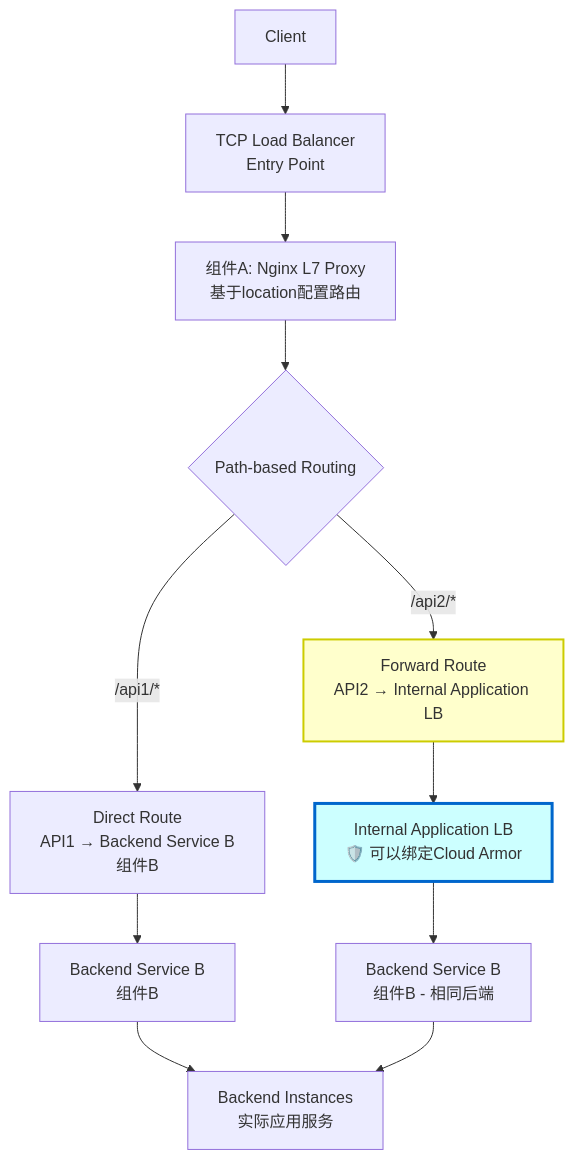
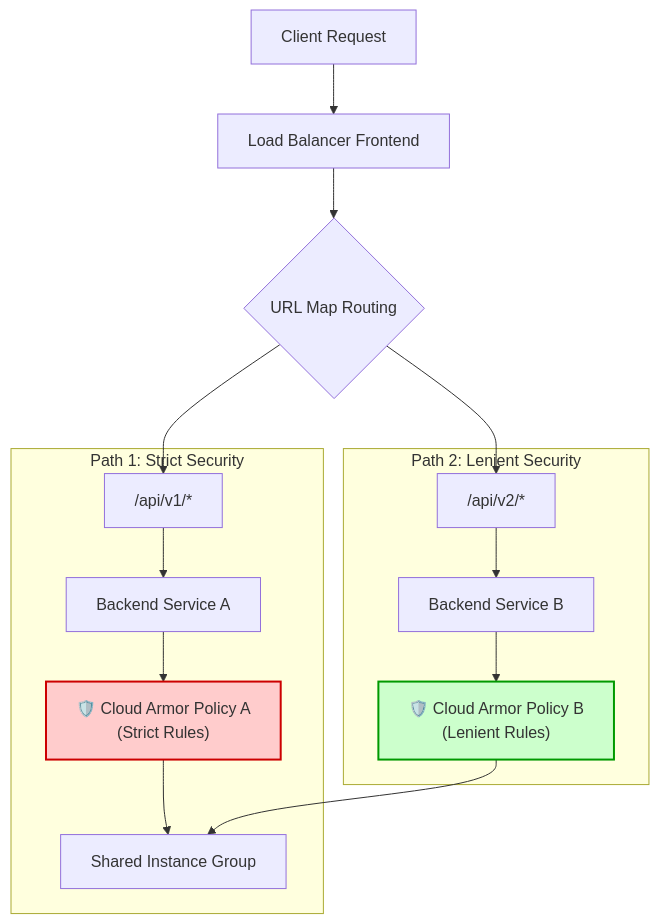
The fourth of 4 diagrams in gcp/backend-service.md (aibangjuxin/knowledge), drawn with Mermaid before and after one commit. The commit also changed other lines of this file, not shown here.

Commit message:
docs: reformat and clarify backend-service.md

````diff
--- a/gcp/backend-service.md
+++ b/gcp/backend-service.md
@@ -851,24 +195,32 @@
 ```mermaid
 flowchart TD
-    A[Client] --> B[TCP Load Balancer<br/>Entry Point]
-    
-    B --> C[组件A: Nginx L7 Proxy<br/>基于location配置路由]
-    
-    C --> D{Path-based Routing}
-    
-    D -->|/api1/*| E[Direct Route<br/>API1 → Backend Service B<br/>组件B]
-    
-    D -->|/api2/*| F[Forward Route<br/>API2 → Internal Application LB]
-    
-    F --> G[Internal Application LB<br/>🛡️ 可以绑定Cloud Armor]
-    
-    G --> H[Backend Service B<br/>组件B - 相同后端]
-    
-    E --> I[Backend Service B<br/>组件B]
-    
-    I --> J[Backend Instances<br/>实际应用服务]
-    H --> J
-    
-    style G fill:#ccffff,stroke:#0066cc,stroke-width:3px
-    style F fill:#ffffcc,stroke:#cccc00,stroke-width:2px
+    A[Client Request] --> B[Load Balancer Frontend]
+
+    B --> C{URL Map Routing}
+
+    subgraph "Path 1: Strict Security"
+        D["/api/v1/*"]
+        E[Backend Service A]
+        F["🛡️ Cloud Armor Policy A<br/>(Strict Rules)"]
+        G[Shared Instance Group]
+    end
+
+    subgraph "Path 2: Lenient Security"
+        H["/api/v2/*"]
+        I[Backend Service B]
+        J["🛡️ Cloud Armor Policy B<br/>(Lenient Rules)"]
+        G
+    end
+
+    C --> D
+    C --> H
+    D --> E
+    E --> F
+    F --> G
+    H --> I
+    I --> J
+    J --> G
+
+    style F fill:#ffcccc,stroke:#cc0000,stroke-width:2px
+    style J fill:#ccffcc,stroke:#009900,stroke-width:2px
 ```
````
